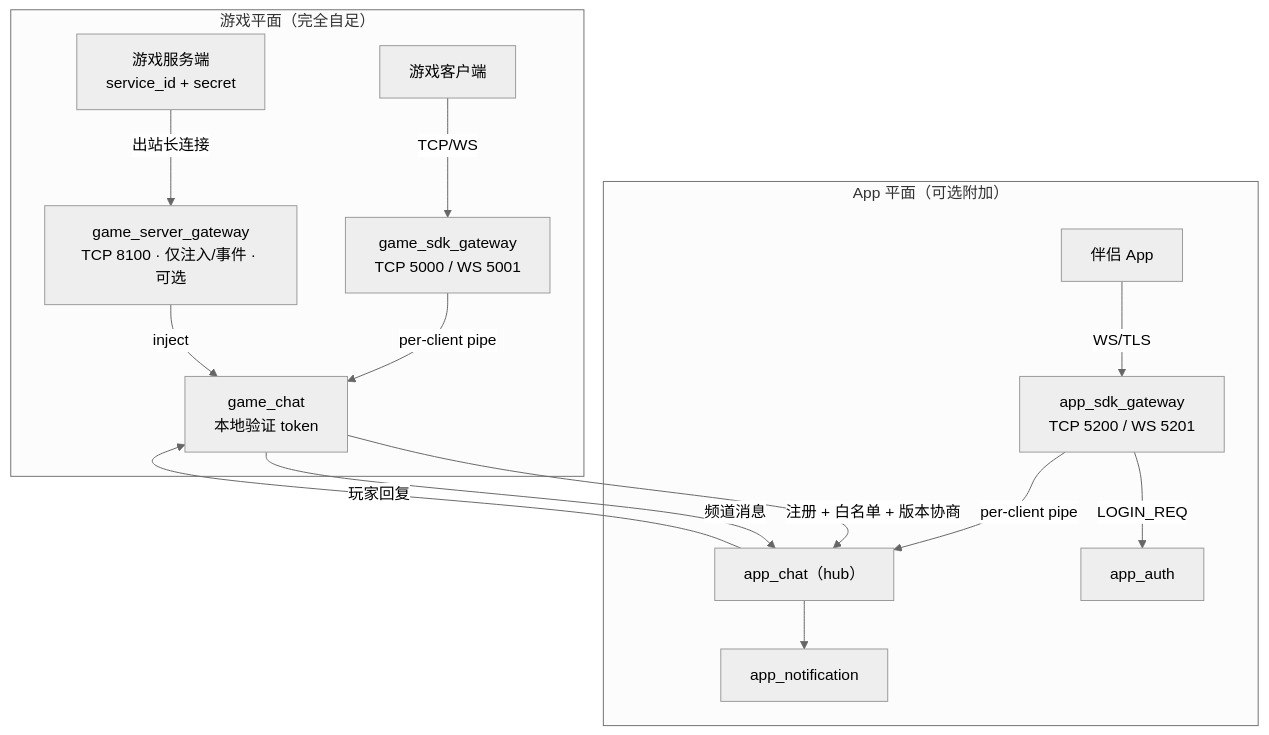
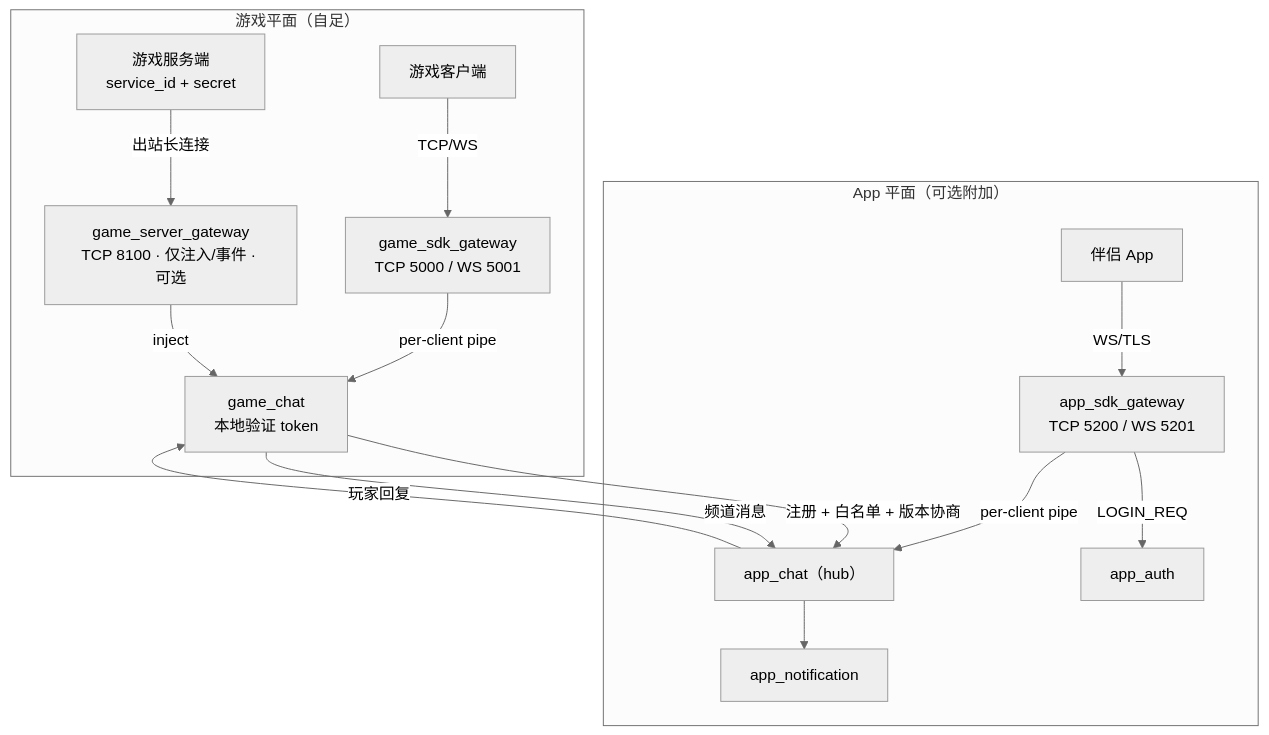
The diagram in README.md (cuihairu/chirp), drawn with Mermaid (neutral theme) before and after one commit. The commit also changed other lines of this file and 26 other files, not shown here.

````diff
--- a/README.md
+++ b/README.md
@@ -45,31 +58,31 @@
 ```mermaid
 flowchart TB
     Game["游戏客户端"]
     App["伴侣 App"]
     GS["游戏服务端<br/>service_id + secret"]
 
-    subgraph gp["游戏平面（完全自足）"]
+    subgraph gp["游戏平面（自足）"]
         GG["game_sdk_gateway<br/>TCP 5000 / WS 5001"]
         GCHAT["game_chat<br/>本地验证 token"]
         SG["game_server_gateway<br/>TCP 8100 · 仅注入/事件 · 可选"]
         GG -->|per-client pipe| GCHAT
         SG -->|inject| GCHAT
         Game -- "TCP/WS" --> GG
         GS -- "出站长连接" --> SG
     end
 
     subgraph ap["App 平面（可选附加）"]
         AG["app_sdk_gateway<br/>TCP 5200 / WS 5201"]
         ACHAT["app_chat（hub）"]
         APPAUTH["app_auth"]
         NOTIF["app_notification"]
         AG -->|per-client pipe| ACHAT
         AG -->|LOGIN_REQ| APPAUTH
         ACHAT --> NOTIF
         App -- "WS/TLS" --> AG
     end
 
     GCHAT -->|"注册 + 白名单 + 版本协商"| ACHAT
     GCHAT -->|"频道消息"| ACHAT
     ACHAT -->|"玩家回复"| GCHAT
 ```
````
